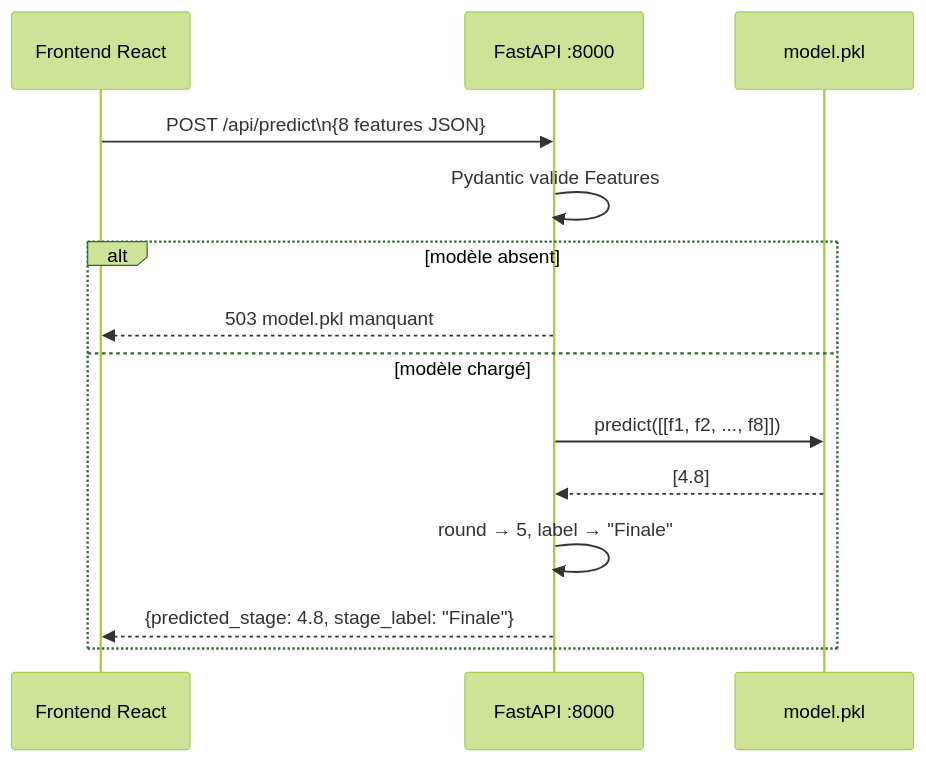
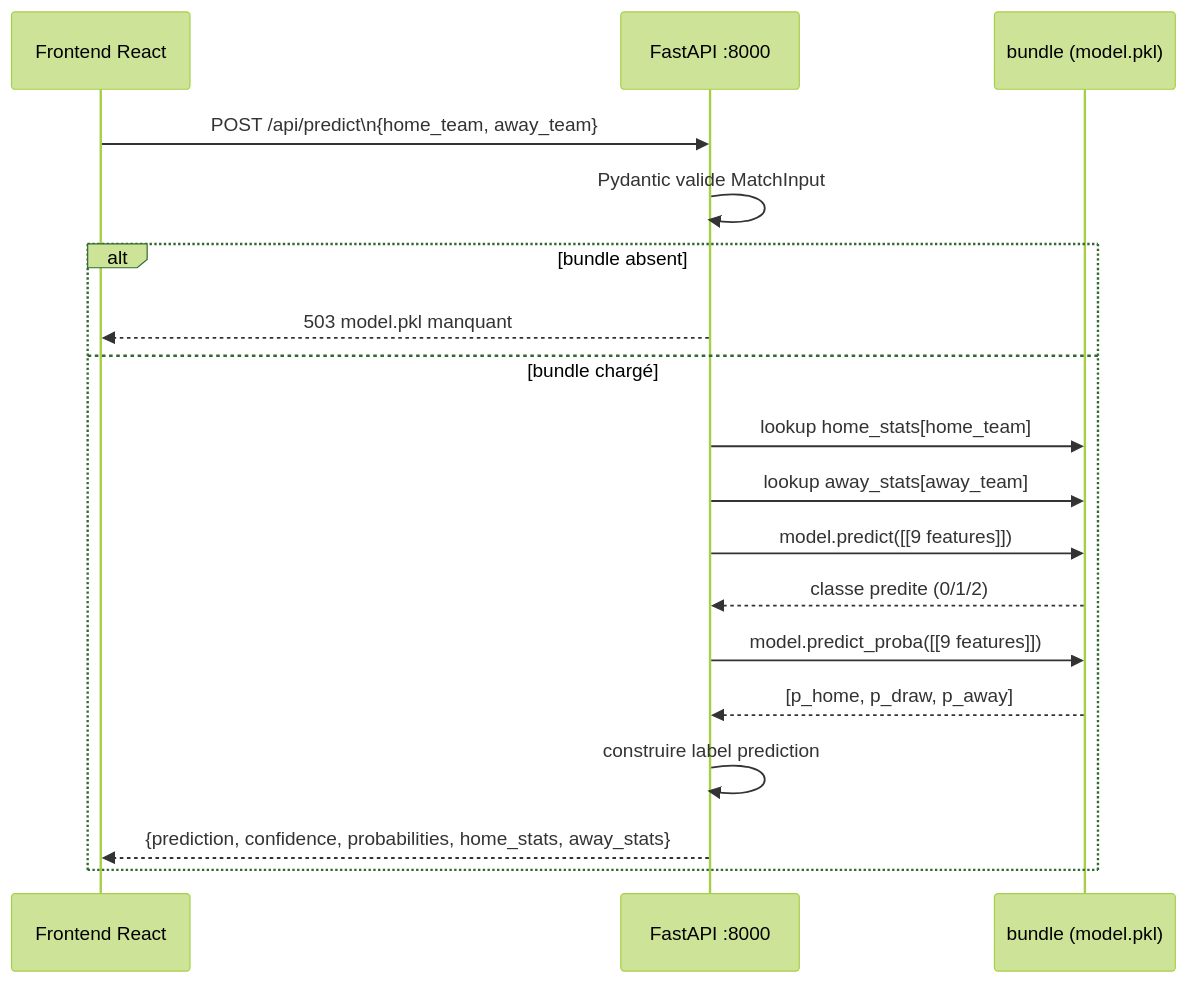
The third of 3 diagrams in Ressources/2.spec/03_backend_api.md (quentinete2/Data_ai_Foot_Quentin_Thibaud), drawn with Mermaid (forest theme) before and after one commit. The commit also changed other lines of this file and 11 other files, not shown here.

````diff
--- a/Ressources/2.spec/03_backend_api.md
+++ b/Ressources/2.spec/03_backend_api.md
@@ -162,17 +195,21 @@
 ```mermaid
 sequenceDiagram
     participant FE as Frontend React
     participant API as FastAPI :8000
-    participant ML as model.pkl
+    participant BU as bundle (model.pkl)
 
-    FE->>API: POST /api/predict\n{8 features JSON}
-    API->>API: Pydantic valide Features
-    alt modèle absent
+    FE->>API: POST /api/predict\n{home_team, away_team}
+    API->>API: Pydantic valide MatchInput
+    alt bundle absent
         API-->>FE: 503 model.pkl manquant
-    else modèle chargé
-        API->>ML: predict([[f1, f2, ..., f8]])
-        ML-->>API: [4.8]
-        API->>API: round → 5, label → "Finale"
-        API-->>FE: {predicted_stage: 4.8, stage_label: "Finale"}
+    else bundle chargé
+        API->>BU: lookup home_stats[home_team]
+        API->>BU: lookup away_stats[away_team]
+        API->>BU: model.predict([[9 features]])
+        BU-->>API: classe predite (0/1/2)
+        API->>BU: model.predict_proba([[9 features]])
+        BU-->>API: [p_home, p_draw, p_away]
+        API->>API: construire label prediction
+        API-->>FE: {prediction, confidence, probabilities, home_stats, away_stats}
     end
 ```
````
